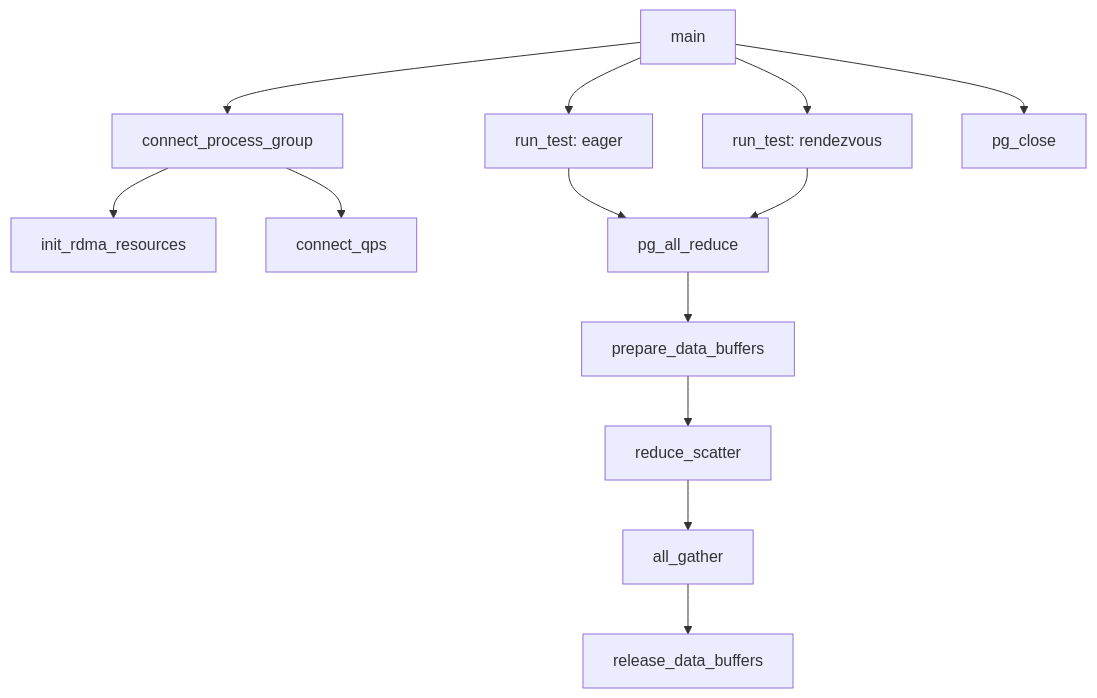
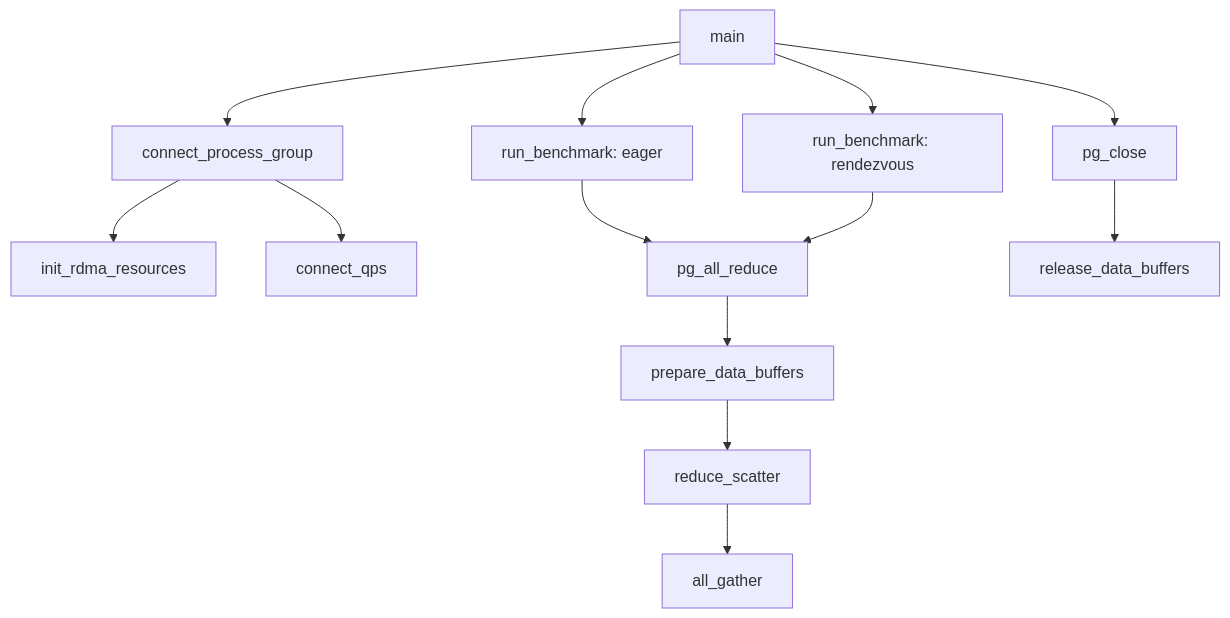
The diagram in FUNCTION_GUIDE.md (shir49Inbar/CNEx3), drawn with Mermaid before and after one commit. The commit also changed other lines of this file and 3 other files, not shown here.

````diff
--- a/FUNCTION_GUIDE.md
+++ b/FUNCTION_GUIDE.md
@@ -8,15 +8,15 @@
 ```mermaid
 flowchart TD
     A["main"] --> B["connect_process_group"]
     B --> C["init_rdma_resources"]
     B --> D["connect_qps"]
-    A --> E["run_test: eager"]
+    A --> E["run_benchmark: eager"]
     E --> F["pg_all_reduce"]
-    A --> G["run_test: rendezvous"]
+    A --> G["run_benchmark: rendezvous"]
     G --> F
     F --> H["prepare_data_buffers"]
     H --> I["reduce_scatter"]
     I --> J["all_gather"]
-    J --> K["release_data_buffers"]
     A --> L["pg_close"]
+    L --> K["release_data_buffers"]
 ```
````
